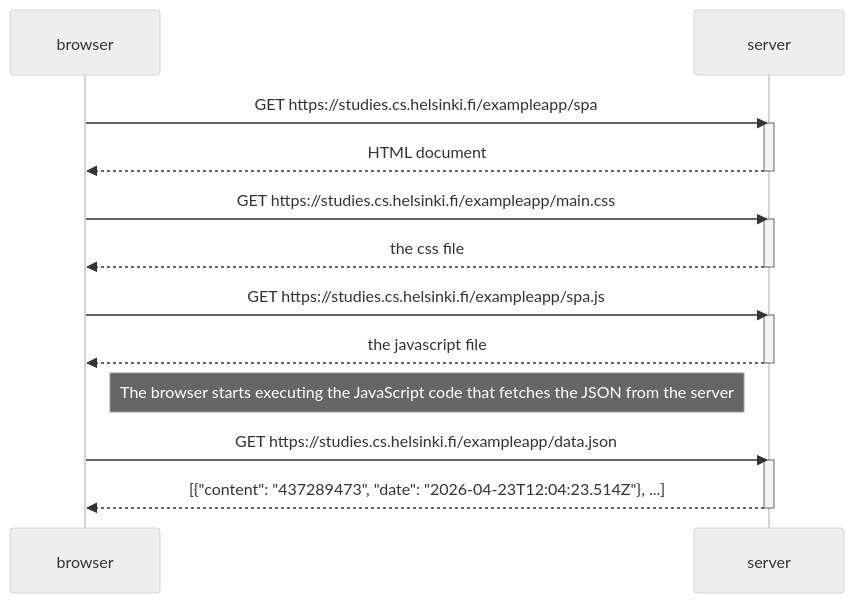
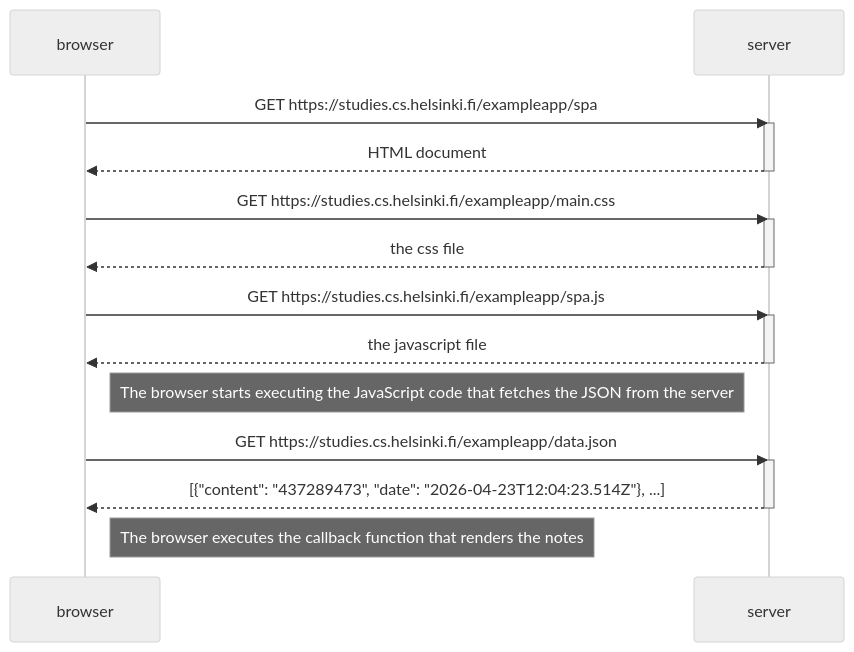
Before and after one commit to Ayoub-02/open_fullstack: the diagram in Single_page_app_diagram.md, drawn with Mermaid (neutral theme).

Commit message:
Add note about browser executing callback function

````diff
--- a/Single_page_app_diagram.md
+++ b/Single_page_app_diagram.md
@@ -1,28 +1,29 @@
 ``` mermaid
 sequenceDiagram
     participant browser
     participant server
 
     browser->>server: GET https://studies.cs.helsinki.fi/exampleapp/spa
     activate server
     server-->>browser: HTML document
     deactivate server
 
     browser->>server: GET https://studies.cs.helsinki.fi/exampleapp/main.css
     activate server
     server-->>browser: the css file
     deactivate server
 
     browser->>server: GET https://studies.cs.helsinki.fi/exampleapp/spa.js
     activate server
     server-->>browser: the javascript file
     deactivate server
 
     Note right of browser: The browser starts executing the JavaScript code that fetches the JSON from the server
 
     browser->>server: GET https://studies.cs.helsinki.fi/exampleapp/data.json
     activate server
     server-->>browser: [{"content": "437289473", "date": "2026-04-23T12:04:23.514Z"}, ...]
     deactivate server
 
+    Note right of browser: The browser executes the callback function that renders the notes
 ```
````
